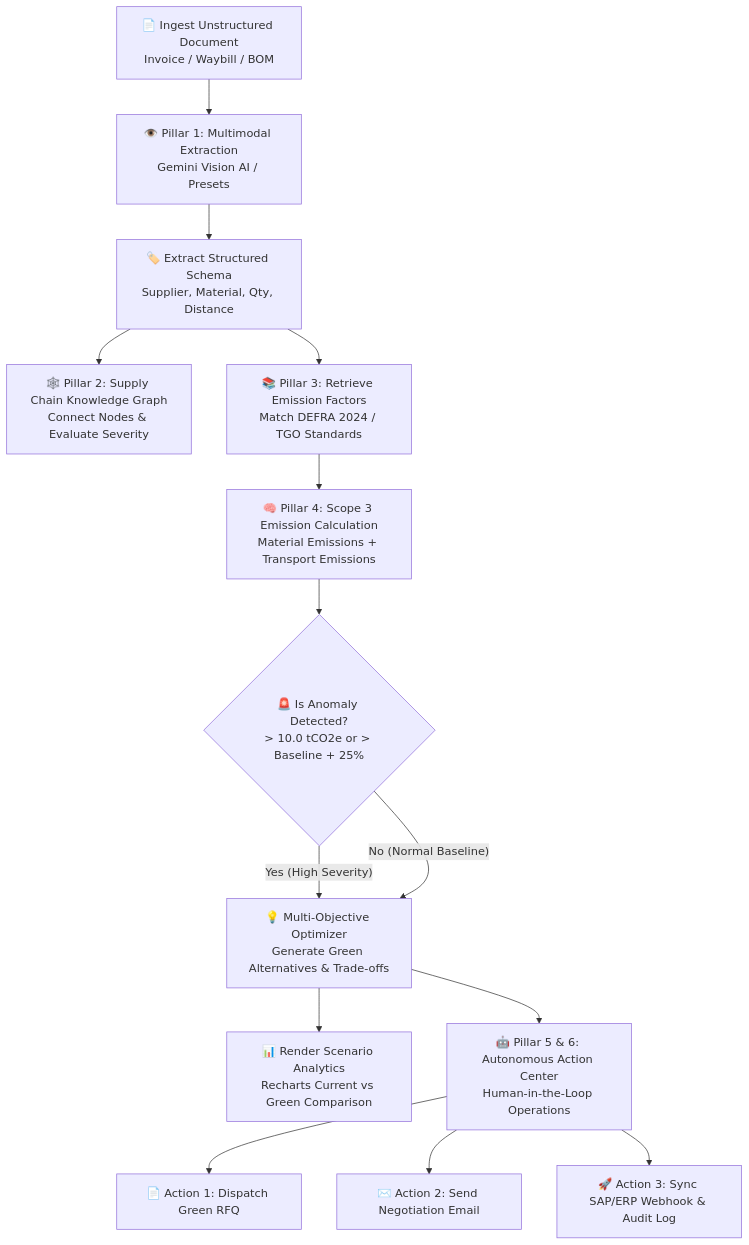
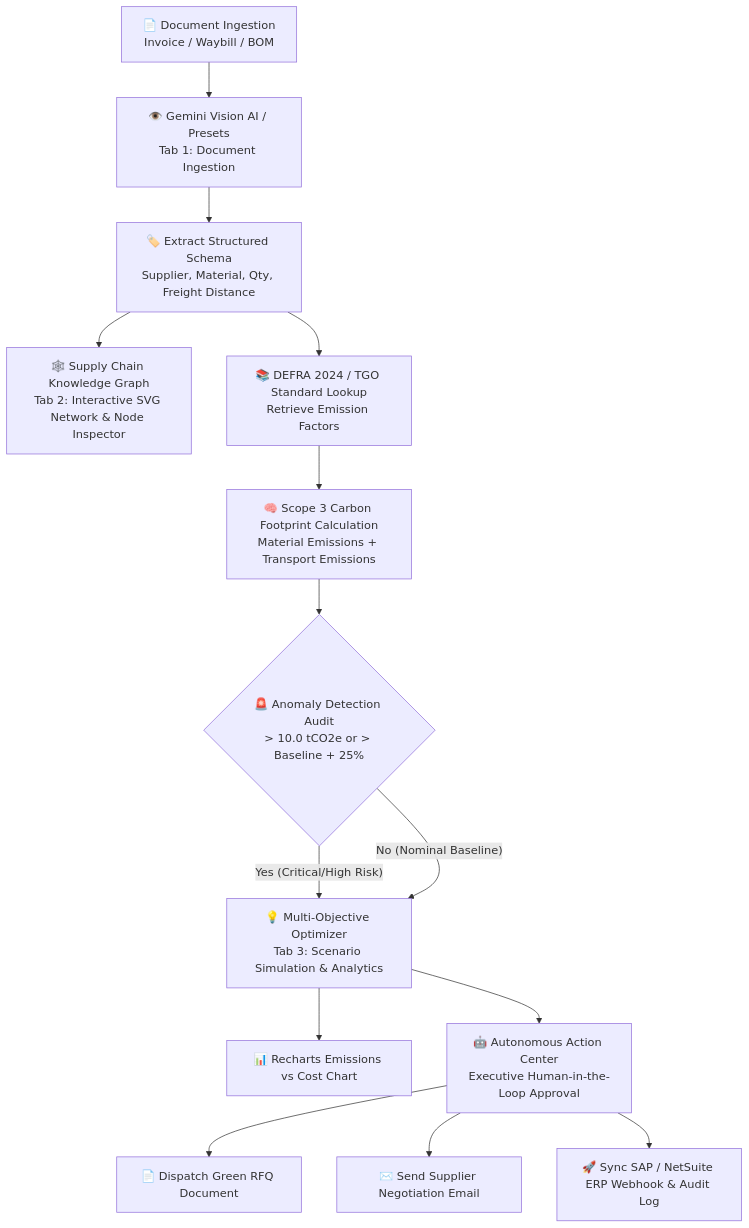
One commit to phatthapol-sak/CU-TU-biztania changed the diagram in README.md. Above: the diagram before and after it, drawn with Mermaid. The commit also changed other lines of this file, not shown here.

Commit message:
docs: Update README with 3-Tab Multi-View Architecture, Linear Design System, and SVG Knowledge Graph

````diff
--- a/README.md
+++ b/README.md
@@ -52,21 +48,21 @@
 ```mermaid
 flowchart TD
-    A[📄 Ingest Unstructured Document<br/>Invoice / Waybill / BOM] --> B[👁️ Pillar 1: Multimodal Extraction<br/>Gemini Vision AI / Presets]
-    B --> C[🏷️ Extract Structured Schema<br/>Supplier, Material, Qty, Distance]
+    A[📄 Document Ingestion<br/>Invoice / Waybill / BOM] --> B[👁️ Gemini Vision AI / Presets<br/>Tab 1: Document Ingestion]
+    B --> C[🏷️ Extract Structured Schema<br/>Supplier, Material, Qty, Freight Distance]
     
-    C --> D[🕸️ Pillar 2: Supply Chain Knowledge Graph<br/>Connect Nodes & Evaluate Severity]
-    C --> E[📚 Pillar 3: Retrieve Emission Factors<br/>Match DEFRA 2024 / TGO Standards]
+    C --> D[🕸️ Supply Chain Knowledge Graph<br/>Tab 2: Interactive SVG Network & Node Inspector]
+    C --> E[📚 DEFRA 2024 / TGO Standard Lookup<br/>Retrieve Emission Factors]
     
-    E --> F[🧠 Pillar 4: Scope 3 Emission Calculation<br/>Material Emissions + Transport Emissions]
-    F --> G{🚨 Is Anomaly Detected?<br/>> 10.0 tCO2e or > Baseline + 25%}
+    E --> F[🧠 Scope 3 Carbon Footprint Calculation<br/>Material Emissions + Transport Emissions]
+    F --> G{🚨 Anomaly Detection Audit<br/>> 10.0 tCO2e or > Baseline + 25%}
     
-    G -- Yes (High Severity) --> H[💡 Multi-Objective Optimizer<br/>Generate Green Alternatives & Trade-offs]
-    G -- No (Normal Baseline) --> H
+    G -- Yes (Critical/High Risk) --> H[💡 Multi-Objective Optimizer<br/>Tab 3: Scenario Simulation & Analytics]
+    G -- No (Nominal Baseline) --> H
     
-    H --> I[📊 Render Scenario Analytics<br/>Recharts Current vs Green Comparison]
-    H --> J[🤖 Pillar 5 & 6: Autonomous Action Center<br/>Human-in-the-Loop Operations]
+    H --> I[📊 Recharts Emissions vs Cost Chart]
+    H --> J[🤖 Autonomous Action Center<br/>Executive Human-in-the-Loop Approval]
     
-    J --> K1[📄 Action 1: Dispatch Green RFQ]
-    J --> K2[✉️ Action 2: Send Negotiation Email]
-    J --> K3[🚀 Action 3: Sync SAP/ERP Webhook & Audit Log]
+    J --> K1[📄 Dispatch Green RFQ Document]
+    J --> K2[✉️ Send Supplier Negotiation Email]
+    J --> K3[🚀 Sync SAP / NetSuite ERP Webhook & Audit Log]
 ```
````
